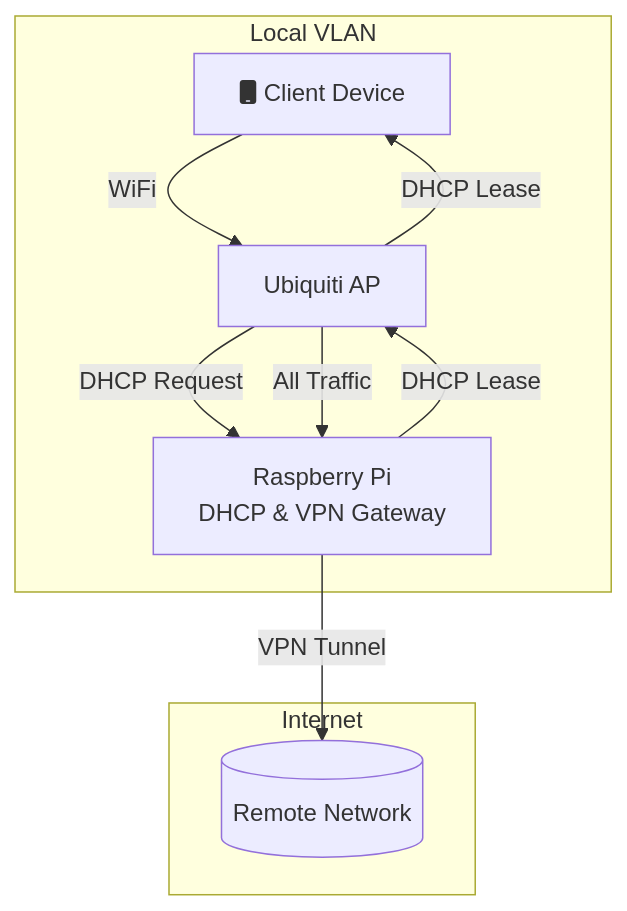
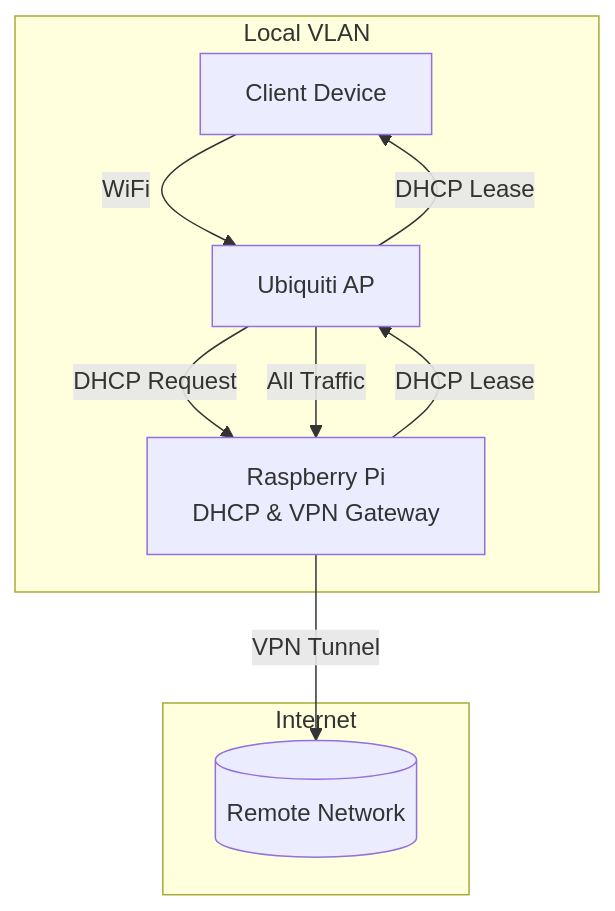
The diagram in blog-self-hosted-iot/2025-12-01-vpn_tunneling.md (NickJLange/5l-labs.com), drawn with Mermaid before and after one commit. The commit also changed other lines of this file and 24 other files, not shown here.

````diff
--- a/blog-self-hosted-iot/2025-12-01-vpn_tunneling.md
+++ b/blog-self-hosted-iot/2025-12-01-vpn_tunneling.md
@@ -38,14 +36,14 @@
 ```mermaid
 graph TD
     subgraph "Local VLAN"
-        Client[<i class="fa fa-mobile-phone"></i> Client Device] -- WiFi --> AP[Ubiquiti AP]
+        Client[Client Device] -- WiFi --> AP[Ubiquiti AP]
         AP -- "DHCP Request" --> RPI[Raspberry Pi<br/>DHCP & VPN Gateway]
         RPI -- "DHCP Lease" --> AP
         AP -- "DHCP Lease" --> Client
         AP -- "All Traffic" --> RPI
     end
 
     subgraph "Internet"
         RPI -- "VPN Tunnel" --> Remote[(Remote Network)]
     end
 ```
````
